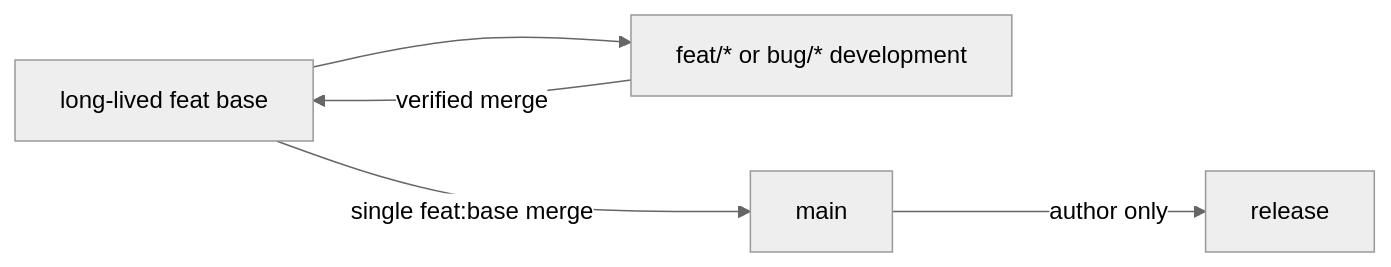
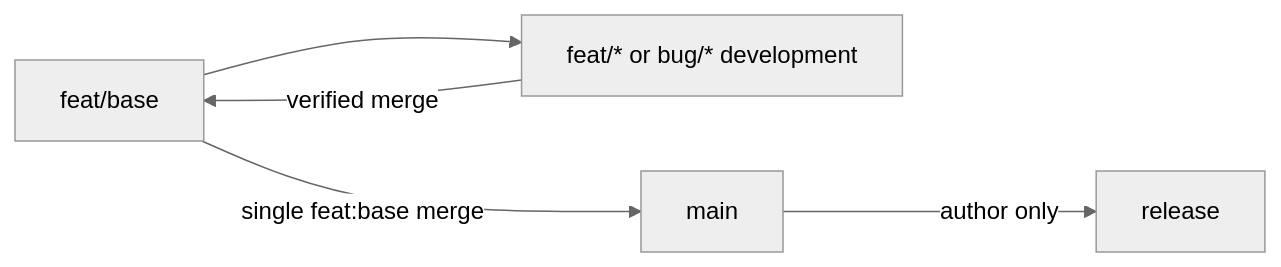
One commit to MashiroKai/Nebflow changed the diagram in CONTRIBUTING.md. Above: the diagram before and after it, drawn with Mermaid (neutral theme). The commit also changed other lines of this file, not shown here.

Commit message:
Specify feat base integration branch

````diff
--- a/CONTRIBUTING.md
+++ b/CONTRIBUTING.md
@@ -84,7 +84,7 @@
 ```mermaid
 flowchart LR
-  B[long-lived feat base] --> D[feat/* or bug/* development]
+  B[feat/base] --> D[feat/* or bug/* development]
   D -->|verified merge| B
   B -->|single feat:base merge| M[main]
   M -->|author only| R[release]
 ```
````
